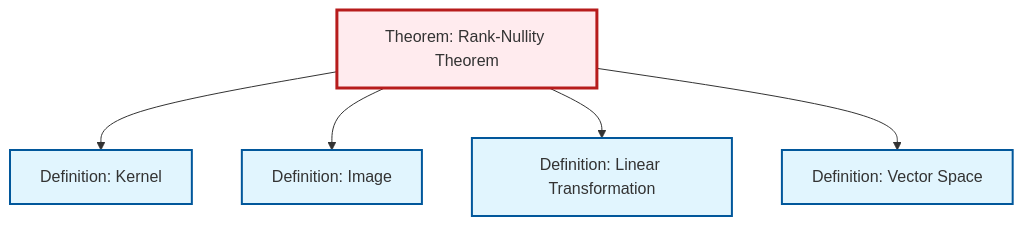
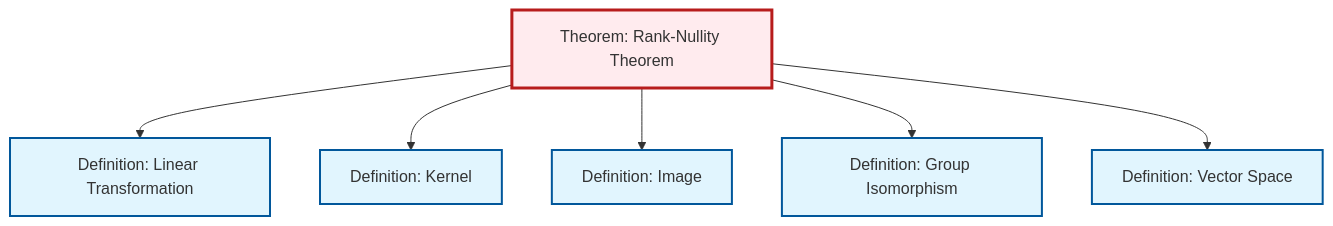
The diagram in content/en/algebra/thm-rank-nullity.qmd (RK0429/ModernMath), drawn with Mermaid before and after one commit. The commit also changed 581 other files, not shown here.

````diff
--- a/content/en/algebra/thm-rank-nullity.qmd
+++ b/content/en/algebra/thm-rank-nullity.qmd
@@ -56,23 +56,26 @@
 ```{mermaid}
 %%| fig-cap: "Local dependency graph"
 graph TD
     classDef definition fill:#e1f5fe,stroke:#01579b,stroke-width:2px
     classDef theorem fill:#f3e5f5,stroke:#4a148c,stroke-width:2px
     classDef axiom fill:#fff3e0,stroke:#e65100,stroke-width:2px
     classDef example fill:#e8f5e9,stroke:#1b5e20,stroke-width:2px
     classDef current fill:#ffebee,stroke:#b71c1c,stroke-width:3px
-    thm-rank-nullity["Theorem: Rank-Nullity Theorem"]:::theorem
     def-vector-space["Definition: Vector Space"]:::definition
     def-image["Definition: Image"]:::definition
+    thm-rank-nullity["Theorem: Rank-Nullity Theorem"]:::theorem
+    def-linear-transformation["Definition: Linear Transformation"]:::definition
+    def-isomorphism["Definition: Group Isomorphism"]:::definition
     def-kernel["Definition: Kernel"]:::definition
-    def-linear-transformation["Definition: Linear Transformation"]:::definition
+    thm-rank-nullity --> def-linear-transformation
     thm-rank-nullity --> def-kernel
     thm-rank-nullity --> def-image
-    thm-rank-nullity --> def-linear-transformation
+    thm-rank-nullity --> def-isomorphism
     thm-rank-nullity --> def-vector-space
     class thm-rank-nullity current
     click def-vector-space "def-vector-space.html" "Go to Vector Space definition"
     click def-image "def-image.html" "Go to Image definition"
+    click def-linear-transformation "def-linear-transformation.html" "Go to Linear Transformation definition"
+    click def-isomorphism "def-isomorphism.html" "Go to Group Isomorphism definition"
     click def-kernel "def-kernel.html" "Go to Kernel definition"
-    click def-linear-transformation "def-linear-transformation.html" "Go to Linear Transformation definition"
 ```
````
